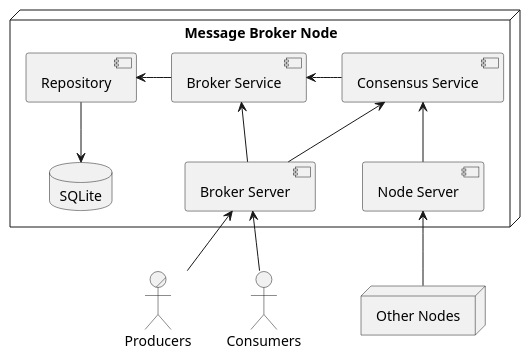
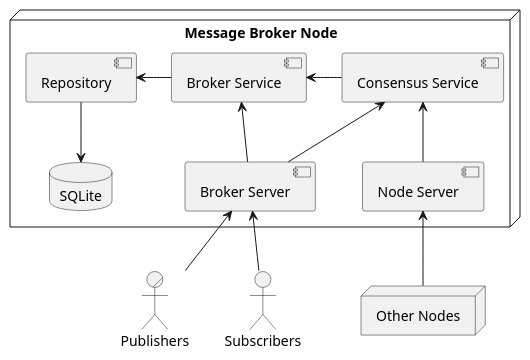
One commit to Marcel-MD/geo-distributed-message-broker changed the diagram in diagrams/comp.puml. Above: the diagram before and after it, drawn with PlantUML. The commit also changed 14 other files, not shown here.

```diff
--- a/diagrams/comp.puml
+++ b/diagrams/comp.puml
@@ -1,30 +1,30 @@
 @startuml
 
 node "Message Broker Node" {
   database "SQLite" as DB
   component "Repository" as R
   component "Consensus Service" as CS
   component "Broker Service" as B
 
   component "Broker Server" as BS
   component "Node Server" as NS
 }
 
-actor/ "Producers" as P
-actor "Consumers" as C
+actor/ "Publishers" as P
+actor "Subscribers" as C
 node "Other Nodes" as N
 
 R --> DB
 R <- B
 B <- CS
 
 B <-- BS
 CS <-- BS
 BS <-- C
 BS <-- P
 
 CS <-- NS
 NS <-- N
 
 
 @enduml
```
